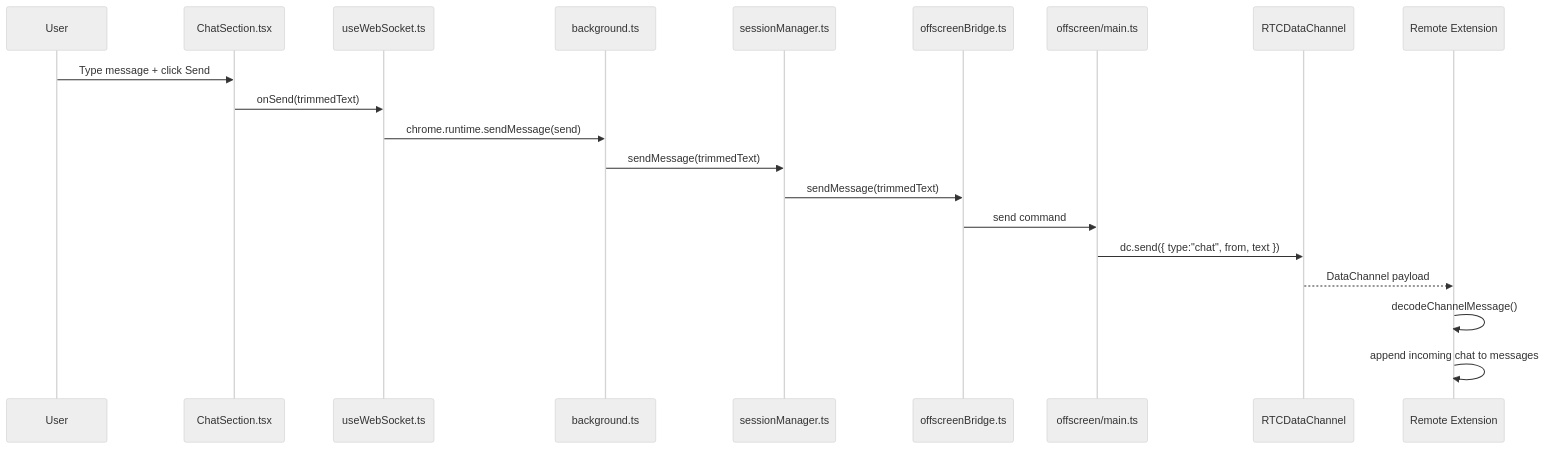
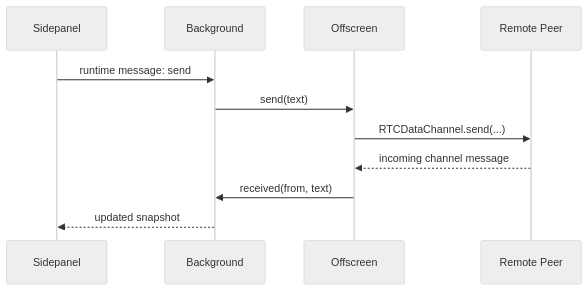
The fourth of 4 diagrams in docs/architecture.md (crccc/webrtc-chat), drawn with Mermaid (neutral theme) before and after one commit. The commit also changed other lines of this file and 39 other files, not shown here.

Commit message:
Reorganize extension by runtime boundary

````diff
--- a/docs/architecture.md
+++ b/docs/architecture.md
@@ -250,23 +151,14 @@
 ```mermaid
 sequenceDiagram
-  participant U as User
-  participant Chat as ChatSection.tsx
-  participant Hook as useWebSocket.ts
-  participant BG as background.ts
-  participant Session as sessionManager.ts
-  participant Bridge as offscreenBridge.ts
-  participant Offscreen as offscreen/main.ts
-  participant DC as RTCDataChannel
-  participant Peer as Remote Extension
+  participant UI as Sidepanel
+  participant BG as Background
+  participant OD as Offscreen
+  participant Peer as Remote Peer
 
-  U->>Chat: Type message + click Send
-  Chat->>Hook: onSend(trimmedText)
-  Hook->>BG: chrome.runtime.sendMessage(send)
-  BG->>Session: sendMessage(trimmedText)
-  Session->>Bridge: sendMessage(trimmedText)
-  Bridge->>Offscreen: send command
-  Offscreen->>DC: dc.send({ type:"chat", from, text })
-  DC-->>Peer: DataChannel payload
-  Peer->>Peer: decodeChannelMessage()
-  Peer->>Peer: append incoming chat to messages
+  UI->>BG: runtime message: send
+  BG->>OD: send(text)
+  OD->>Peer: RTCDataChannel.send(...)
+  Peer-->>OD: incoming channel message
+  OD->>BG: received(from, text)
+  BG-->>UI: updated snapshot
 ```
````
